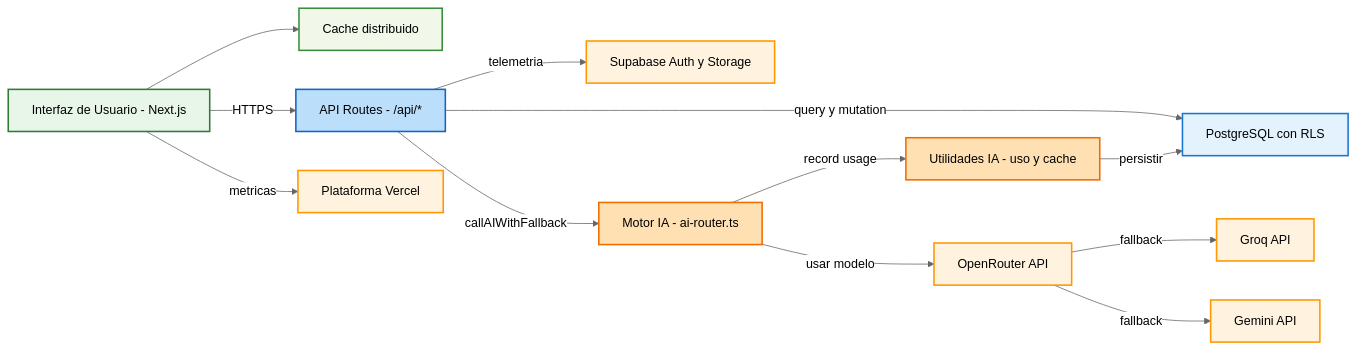
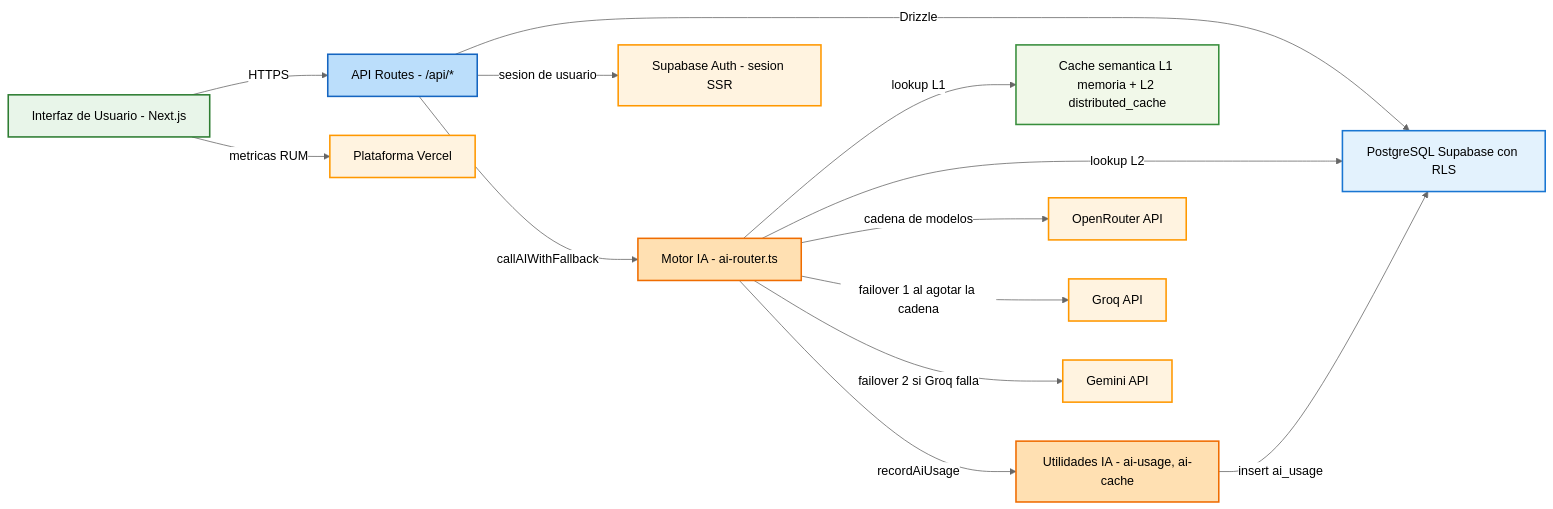
One commit to StrategicConnex/StrategicConnexAudit changed the third of 5 diagrams in docs/architecture/MERMAID-DIAGRAMS.md. Above: the diagram before and after it, drawn with Mermaid (neutral theme). The commit also changed other lines of this file and 1 other file, not shown here.

First line of the commit message:
docs(architecture): align diagrams with actual codebase (v1.1)

````diff
--- a/docs/architecture/MERMAID-DIAGRAMS.md
+++ b/docs/architecture/MERMAID-DIAGRAMS.md
@@ -165,33 +199,34 @@
 ```mermaid
 flowchart LR
     classDef frontend fill:#e8f5e9,stroke:#2e7d32,stroke-width:2px;
     classDef api fill:#bbdefb,stroke:#1565c0,stroke-width:2px;
     classDef ai fill:#ffe0b2,stroke:#ef6c00,stroke-width:2px;
     classDef db fill:#e3f2fd,stroke:#1976d2,stroke-width:2px;
     classDef cache fill:#f1f8e9,stroke:#388e3c,stroke-width:2px;
     classDef external fill:#fff3e0,stroke:#ff9800,stroke-width:2px;
 
-    UI[Interfaz de Usuario - Next.js]:::frontend
-    CACHE[Cache distribuido]:::cache
-    API[API Routes - /api/*]:::api
-    VERCEL[Plataforma Vercel]:::external
-    SUPABASE[Supabase Auth y Storage]:::external
-    AI[Motor IA - ai-router.ts]:::ai
-    UTILS[Utilidades IA - uso y cache]:::ai
-    OPENROUTER[OpenRouter API]:::external
-    GROQ[Groq API]:::external
-    GEMINI[Gemini API]:::external
-    DB[PostgreSQL con RLS]:::db
+    UI["Interfaz de Usuario - Next.js"]:::frontend
+    API["API Routes - /api/*"]:::api
+    VERCEL["Plataforma Vercel"]:::external
+    SUPABASE["Supabase Auth - sesion SSR"]:::external
+    AI["Motor IA - ai-router.ts"]:::ai
+    CACHE["Cache semantica L1 memoria + L2 distributed_cache"]:::cache
+    UTILS["Utilidades IA - ai-usage, ai-cache"]:::ai
+    OPENROUTER["OpenRouter API"]:::external
+    GROQ["Groq API"]:::external
+    GEMINI["Gemini API"]:::external
+    DB["PostgreSQL Supabase con RLS"]:::db
 
     UI -->|HTTPS| API
-    UI -->|metricas| VERCEL
-    UI --> CACHE
-    API -->|query y mutation| DB
-    API -->|telemetria| SUPABASE
+    UI -->|metricas RUM| VERCEL
+    API -->|Drizzle| DB
+    API -->|sesion de usuario| SUPABASE
     API -->|callAIWithFallback| AI
-    AI -->|usar modelo| OPENROUTER
-    OPENROUTER -->|fallback| GROQ
-    OPENROUTER -->|fallback| GEMINI
-    AI -->|record usage| UTILS
-    UTILS -->|persistir| DB
+    AI -->|lookup L1| CACHE
+    AI -->|lookup L2| DB
+    AI -->|cadena de modelos| OPENROUTER
+    AI -->|failover 1 al agotar la cadena| GROQ
+    AI -->|failover 2 si Groq falla| GEMINI
+    AI -->|recordAiUsage| UTILS
+    UTILS -->|insert ai_usage| DB
 ```
````
